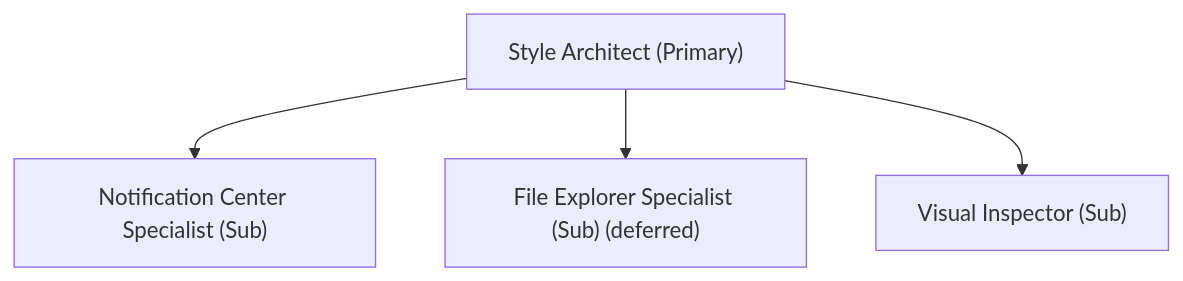
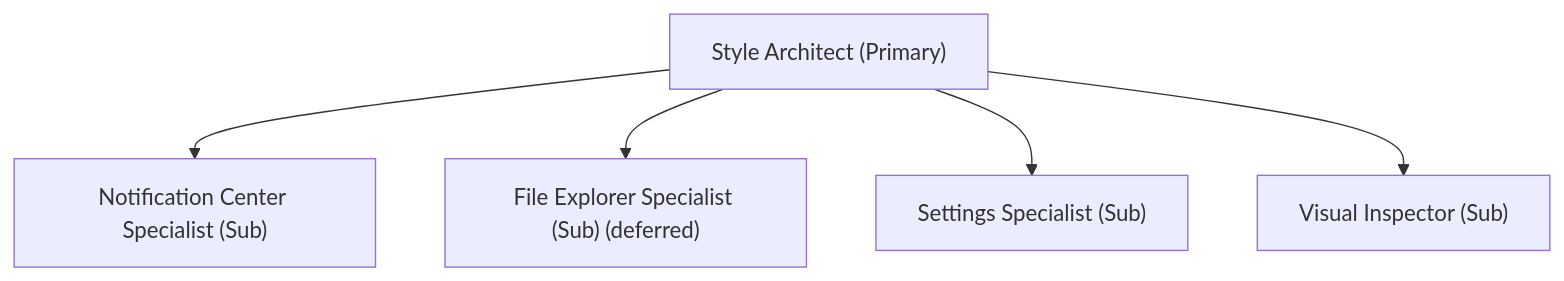
One commit to HELIX-Origin/Windhawk-Command-Center-Suite changed the diagram in .agents/agents/engineering/style-architect.md. Above: the diagram before and after it, drawn with Mermaid. The commit also changed other lines of this file and 113 other files, not shown here.

````diff
--- a/.agents/agents/engineering/style-architect.md
+++ b/.agents/agents/engineering/style-architect.md
@@ -9,6 +9,7 @@
 ```mermaid
 flowchart TD
     Architect["Style Architect (Primary)"] --> NC["Notification Center Specialist (Sub)"]
     Architect --> FE["File Explorer Specialist (Sub) (deferred)"]
+    Architect --> Settings["Settings Specialist (Sub)"]
     Architect --> Inspect["Visual Inspector (Sub)"]
 ```
````
